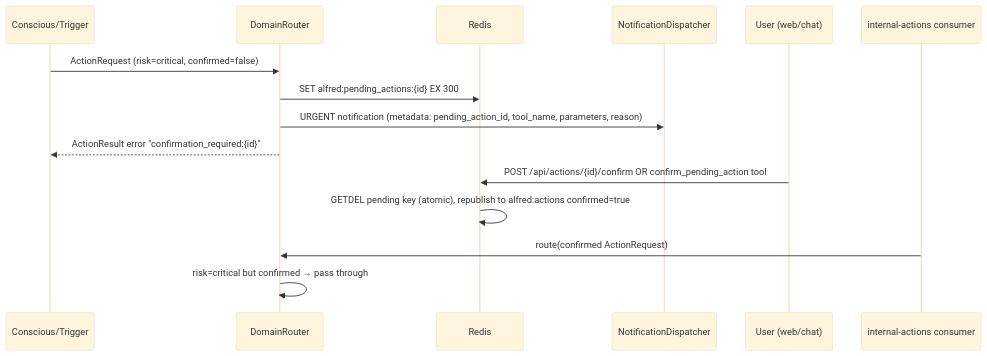
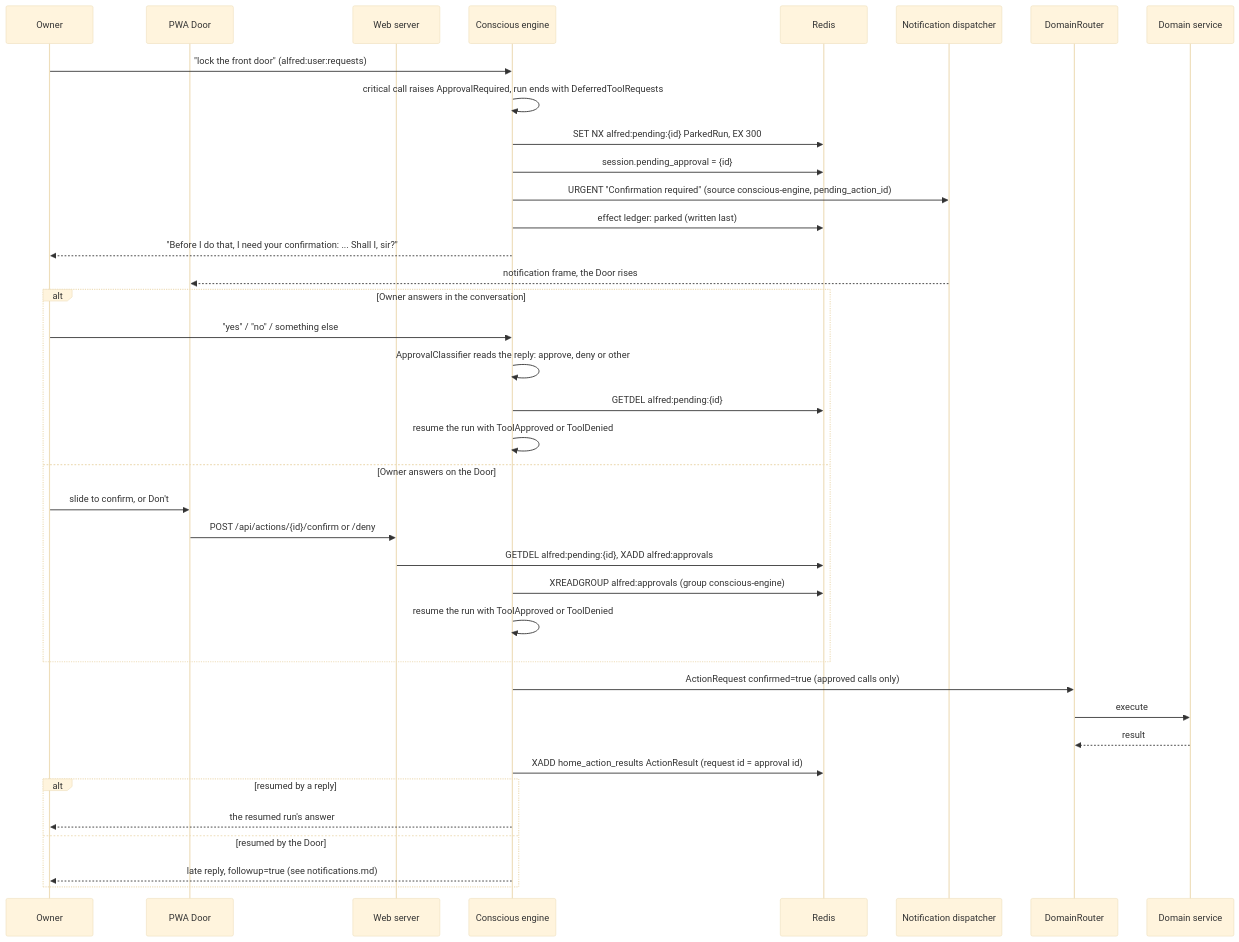
The diagram in docs/autonomy.md (anirudhlath/alfred), drawn with Mermaid (base theme) before and after one commit. The commit also changed other lines of this file and 12 other files, not shown here.

Commit message:
docs: deferred approvals, follow-ups and the Door's decline

````diff
--- a/docs/autonomy.md
+++ b/docs/autonomy.md
@@ -66,18 +82,43 @@
 ```mermaid
 sequenceDiagram
-    participant CE as Conscious/Trigger
-    participant DR as DomainRouter
-    participant R as Redis
-    participant N as NotificationDispatcher
-    participant U as User (web/chat)
-    participant IC as internal-actions consumer
+    participant Owner
+    participant Door as PWA Door
+    participant Web as Web server
+    participant Engine as Conscious engine
+    participant Redis
+    participant Dispatcher as Notification dispatcher
+    participant Router as DomainRouter
+    participant Home as Domain service
 
-    CE->>DR: ActionRequest (risk=critical, confirmed=false)
-    DR->>R: SET alfred:pending_actions:{id} EX 300
-    DR->>N: URGENT notification (metadata: pending_action_id, tool_name, parameters, reason)
-    DR-->>CE: ActionResult error "confirmation_required:{id}"
-    U->>R: POST /api/actions/{id}/confirm  OR  confirm_pending_action tool
-    R->>R: GETDEL pending key (atomic), republish to alfred:actions confirmed=true
-    IC->>DR: route(confirmed ActionRequest)
-    DR->>DR: risk=critical but confirmed → pass through
+    Owner->>Engine: "lock the front door" (alfred:user:requests)
+    Engine->>Engine: critical call raises ApprovalRequired, run ends with DeferredToolRequests
+    Engine->>Redis: SET NX alfred:pending:{id} ParkedRun, EX 300
+    Engine->>Redis: session.pending_approval = {id}
+    Engine->>Dispatcher: URGENT "Confirmation required" (source conscious-engine, pending_action_id)
+    Engine->>Redis: effect ledger: parked (written last)
+    Engine-->>Owner: "Before I do that, I need your confirmation: ... Shall I, sir?"
+    Dispatcher-->>Door: notification frame, the Door rises
+
+    alt Owner answers in the conversation
+        Owner->>Engine: "yes" / "no" / something else
+        Engine->>Engine: ApprovalClassifier reads the reply: approve, deny or other
+        Engine->>Redis: GETDEL alfred:pending:{id}
+        Engine->>Engine: resume the run with ToolApproved or ToolDenied
+    else Owner answers on the Door
+        Owner->>Door: slide to confirm, or Don't
+        Door->>Web: POST /api/actions/{id}/confirm or /deny
+        Web->>Redis: GETDEL alfred:pending:{id}, XADD alfred:approvals
+        Engine->>Redis: XREADGROUP alfred:approvals (group conscious-engine)
+        Engine->>Engine: resume the run with ToolApproved or ToolDenied
+    end
+
+    Engine->>Router: ActionRequest confirmed=true (approved calls only)
+    Router->>Home: execute
+    Home-->>Router: result
+    Engine->>Redis: XADD home_action_results ActionResult (request id = approval id)
+    alt resumed by a reply
+        Engine-->>Owner: the resumed run's answer
+    else resumed by the Door
+        Engine-->>Owner: late reply, followup=true (see notifications.md)
+    end
 ```
````
